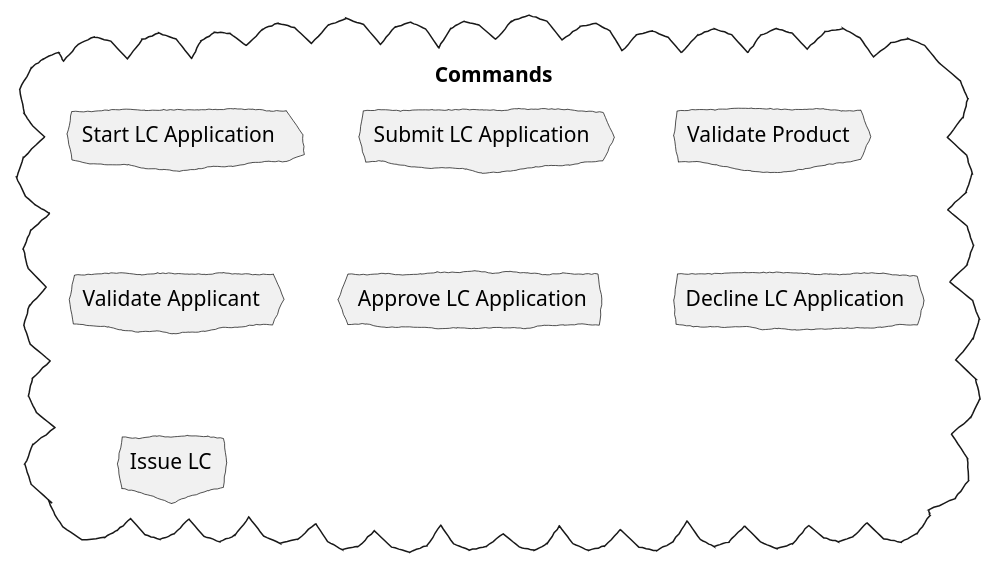
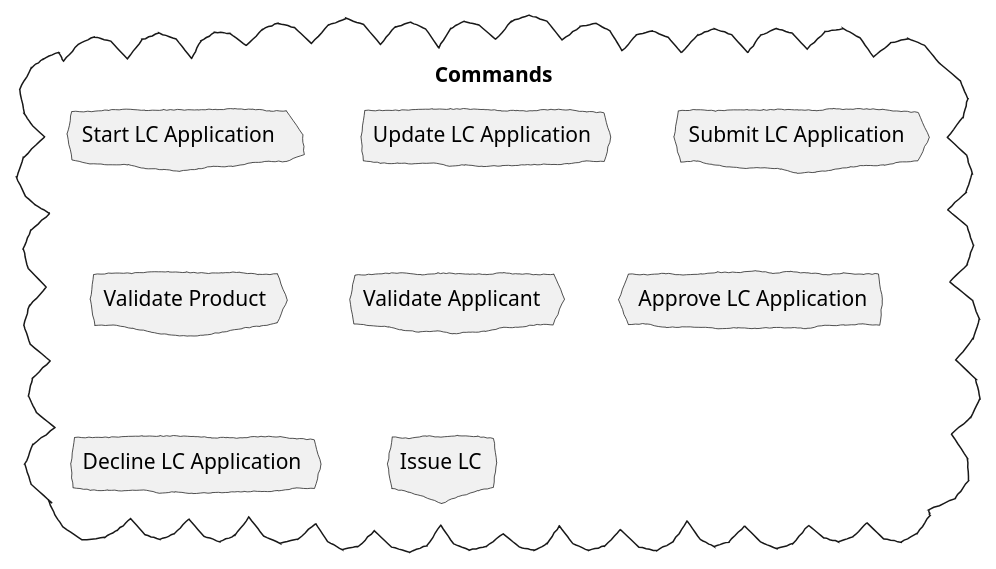
Before and after one commit to PacktPublishing/Domain-Driven-Design-with-Java-A-Practitioner-s-Guide: the first of 4 diagrams in book/src/docs/asciidoc/05-implementing-domain-logic.adoc, drawn with PlantUML. The commit also changed 1 other file, not shown here.

Commit message:
Started work on crud vs task based UIs

```diff
--- a/book/src/docs/asciidoc/05-implementing-domain-logic.adoc
+++ b/book/src/docs/asciidoc/05-implementing-domain-logic.adoc
@@ -112,16 +112,17 @@
 [plantuml,potential-commands]
 ....
 @startuml
 skinparam handwritten true
 skinparam CloudFontName "Gloria Hallelujah"
 cloud Commands {
     cloud "Start LC Application"
+    cloud "Update LC Application"
     cloud "Submit LC Application"
     cloud "Validate Product"
     cloud "Validate Applicant"
     cloud "Approve LC Application"
     cloud "Decline LC Application"
     cloud "Issue LC"
 }
 @enduml
 ....
```
